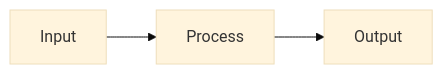
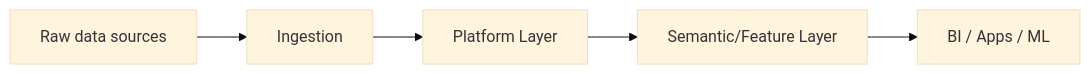
Before and after one commit to Tejustarr/snowflake-handbook: the diagram in whats-new/2025/5-ai-agents/1-README.md, drawn with Mermaid (base theme). The commit also changed other lines of this file and 7 other files, not shown here.

````diff
--- a/whats-new/2025/5-ai-agents/1-README.md
+++ b/whats-new/2025/5-ai-agents/1-README.md
@@ -7,5 +18,7 @@
 ```mermaid
 flowchart LR
-  A[Input] --> B[Process]
-  B --> C[Output]
+  raw[Raw data sources] --> ingest[Ingestion]
+  ingest --> layer[Platform Layer]
+  layer --> semantic[Semantic/Feature Layer]
+  semantic --> consumers[BI / Apps / ML]
 ```
````
